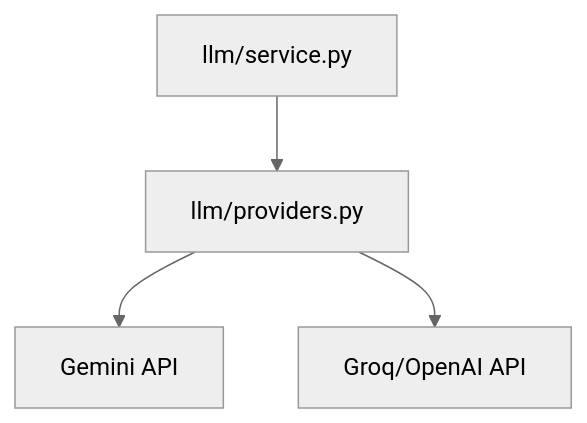
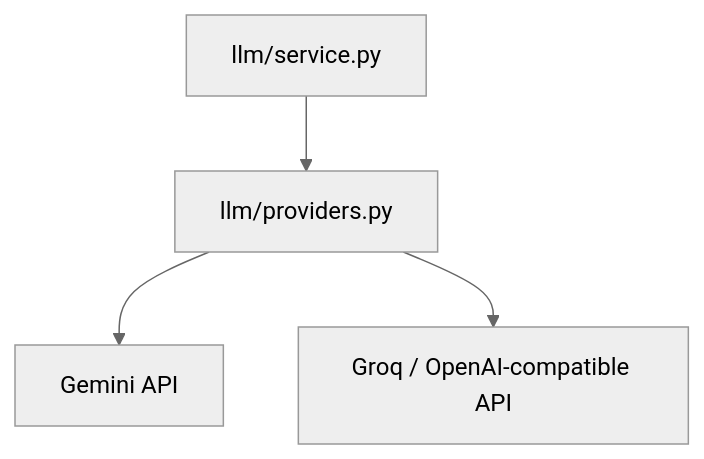
The diagram in api/llm/README.md (UniversitySoftwareStudio/Orbis), drawn with Mermaid (neutral theme) before and after one commit. The commit also changed other lines of this file and 147 other files, not shown here.

````diff
--- a/api/llm/README.md
+++ b/api/llm/README.md
@@ -10,6 +12,6 @@
 ```mermaid
 flowchart TD
   A[llm/service.py] --> B[llm/providers.py]
   B --> C[Gemini API]
-  B --> D[Groq/OpenAI API]
+  B --> D[Groq / OpenAI-compatible API]
 ```
````
